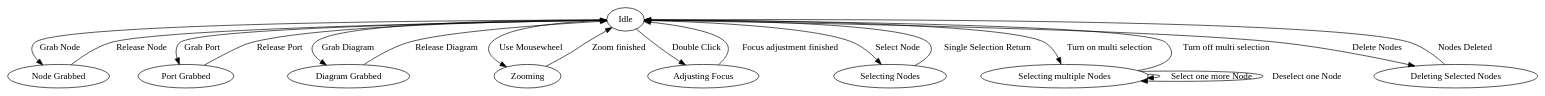
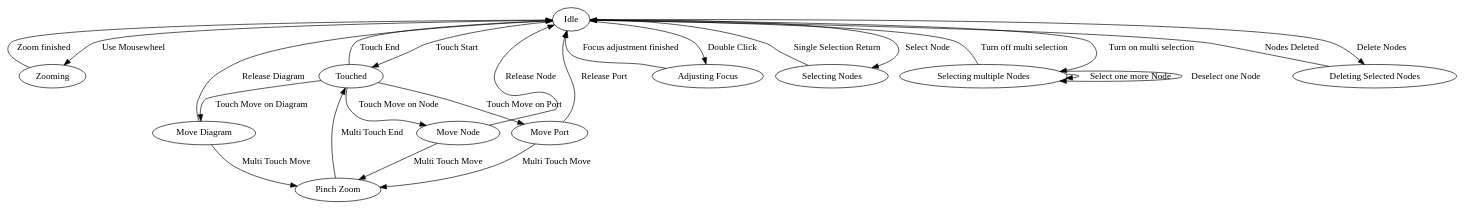
One commit to Oppodelldog/touch-graph changed the diagram in src/Flow/states.dot. Above: the diagram before and after it, drawn with Graphviz. The commit also changed 8 other files, not shown here.

Commit message:
as a preparation of multi touch zoom (pinching) refactor existing events to enable pinching as an "add on" control to movement events. The idea is pinching can be done on the fly eg. while moving the canvas or a node.

```diff
--- a/src/Flow/states.dot
+++ b/src/Flow/states.dot
@@ -1,27 +1,31 @@
 digraph {
-    "Idle" -> "Node Grabbed" [ label = "Grab Node" ]
-    "Node Grabbed" -> "Idle" [ label = "Release Node" ]
-
-    "Idle" -> "Port Grabbed" [ label = "Grab Port" ]
-    "Port Grabbed" -> "Idle" [ label = "Release Port" ]
-
-    "Idle" -> "Diagram Grabbed" [ label = "Grab Diagram" ]
-    "Diagram Grabbed" -> "Idle" [ label = "Release Diagram" ]
-
     "Idle" -> "Zooming" [ label = "Use Mousewheel" ]
     "Zooming" -> "Idle" [ label = "Zoom finished" ]
+
+    "Idle"         -> "Touched"      [ label = "Touch Start" ]
+    "Touched"      -> "Move Diagram" [ label = "Touch Move on Diagram" ]
+    "Touched"      -> "Move Node"    [ label = "Touch Move on Node" ]
+    "Touched"      -> "Move Port"    [ label = "Touch Move on Port" ]
+    "Move Diagram" -> "Pinch Zoom"   [ label = "Multi Touch Move" ]
+    "Move Diagram" -> "Idle"         [ label = "Release Diagram" ]
+    "Move Node"    -> "Pinch Zoom"   [ label = "Multi Touch Move" ]
+    "Move Node"    -> "Idle"         [ label = "Release Node" ]
+    "Move Port"    -> "Pinch Zoom"   [ label = "Multi Touch Move" ]
+    "Move Port"    -> "Idle"         [ label = "Release Port" ]
+    "Pinch Zoom"   -> "Touched"      [ label = "Multi Touch End" ]
+    "Touched"      -> "Idle"         [ label = "Touch End" ]
 
     "Idle" -> "Adjusting Focus" [ label = "Double Click" ]
     "Adjusting Focus" -> "Idle" [ label = "Focus adjustment finished" ]
 
     "Idle" -> "Selecting Nodes" [ label = "Select Node" ]
     "Selecting Nodes" -> "Idle" [ label = "Single Selection Return" ]
 
     "Idle" -> "Selecting multiple Nodes" [ label = "Turn on multi selection" ]
     "Selecting multiple Nodes" -> "Selecting multiple Nodes" [ label = "Select one more Node" ]
     "Selecting multiple Nodes" -> "Selecting multiple Nodes" [ label = "Deselect one Node" ]
     "Selecting multiple Nodes" -> "Idle" [ label = "Turn off multi selection" ]
 
     "Idle" -> "Deleting Selected Nodes" [ label = "Delete Nodes" ]
     "Deleting Selected Nodes" -> "Idle" [ label = "Nodes Deleted" ]
 }
```
